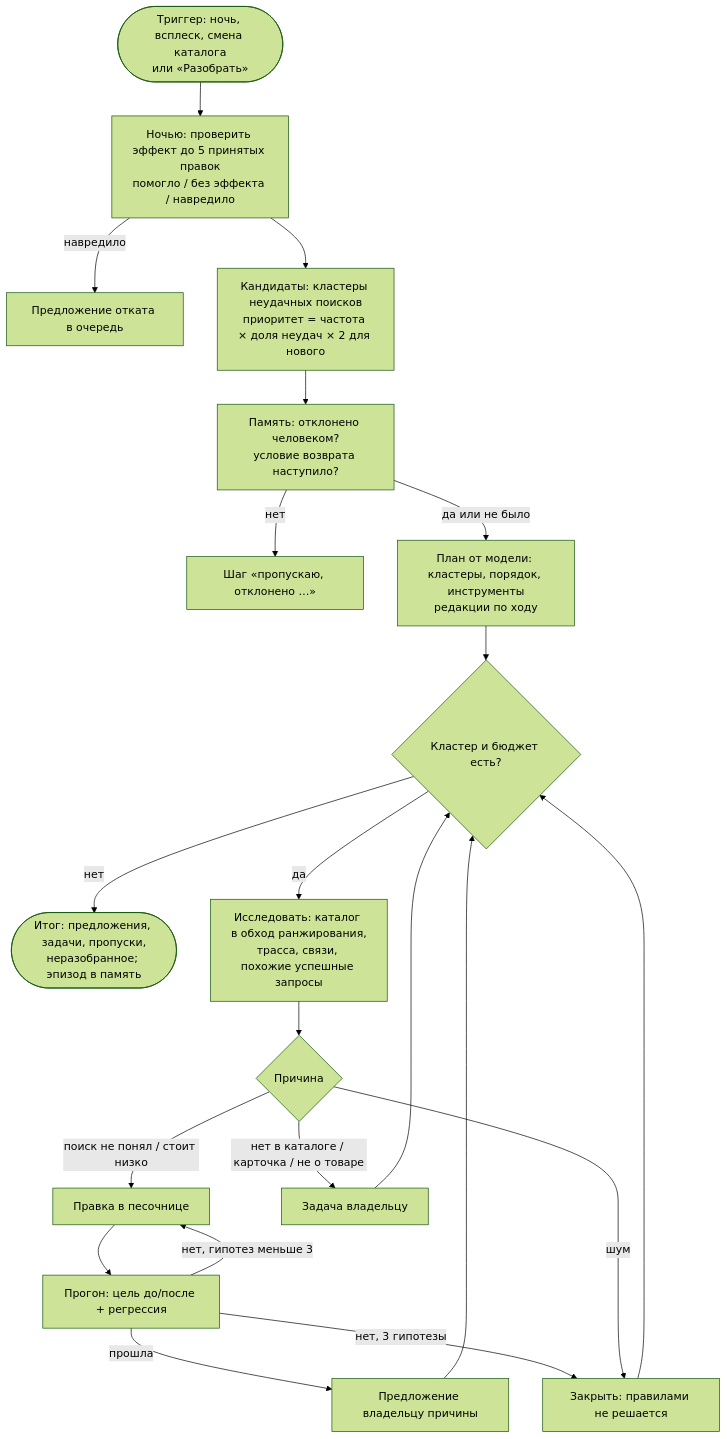
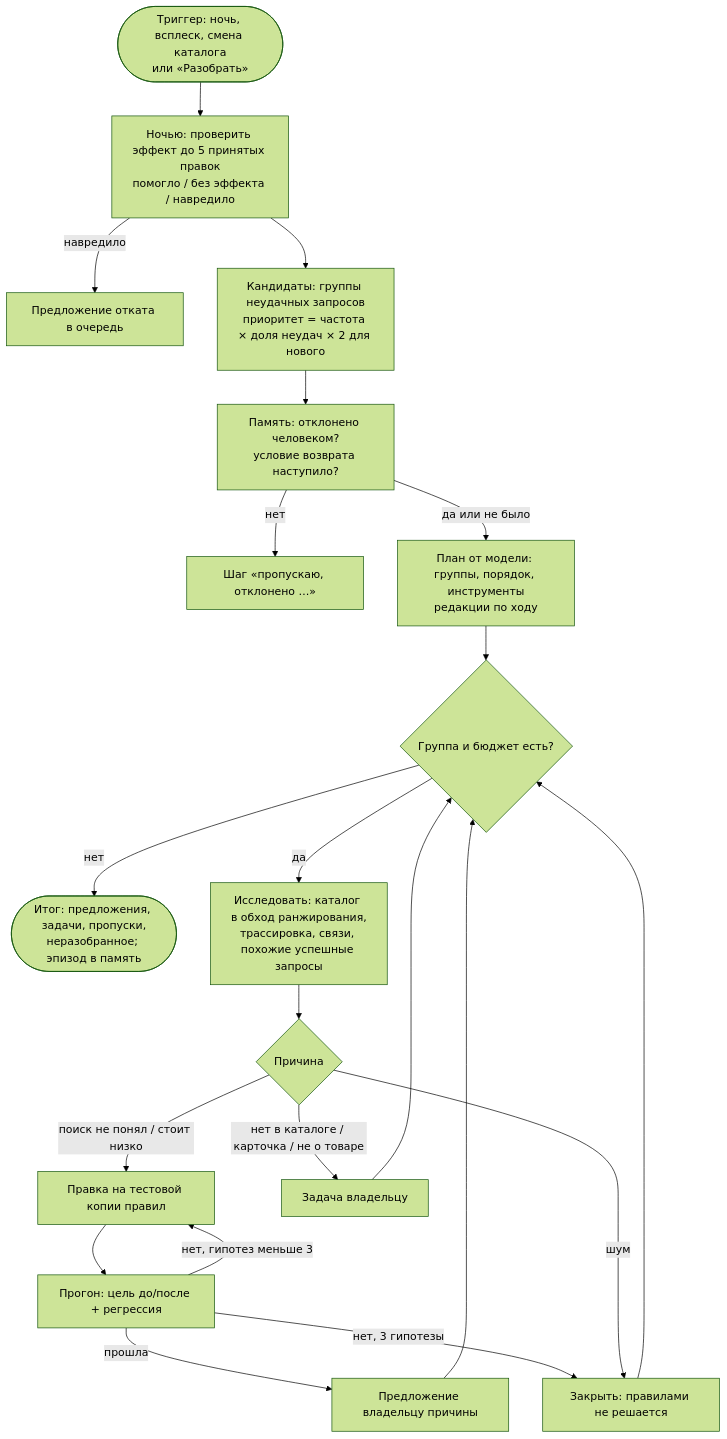
The third of 5 diagrams in docs/ARCHITECTURE.md (olegator-rus/rokotovka-plexet-kuznitsa), drawn with Mermaid (forest theme) before and after one commit. The commit also changed other lines of this file and 109 other files, not shown here.

````diff
--- a/docs/ARCHITECTURE.md
+++ b/docs/ARCHITECTURE.md
@@ -300,23 +300,23 @@
 ```mermaid
 flowchart TD
     trig([Триггер: ночь, всплеск, смена каталога<br/>или «Разобрать»]) --> effect[Ночью: проверить эффект до 5 принятых правок<br/>помогло / без эффекта / навредило]
     effect -- навредило --> rb[Предложение отката в очередь]
-    effect --> cand[Кандидаты: кластеры неудачных поисков<br/>приоритет = частота × доля неудач × 2 для нового]
+    effect --> cand[Кандидаты: группы неудачных запросов<br/>приоритет = частота × доля неудач × 2 для нового]
     cand --> mem[Память: отклонено человеком?<br/>условие возврата наступило?]
     mem -- нет --> skip[Шаг «пропускаю, отклонено …»]
-    mem -- да или не было --> plan[План от модели: кластеры, порядок, инструменты<br/>редакции по ходу]
-    plan --> next{Кластер и бюджет есть?}
+    mem -- да или не было --> plan[План от модели: группы, порядок, инструменты<br/>редакции по ходу]
+    plan --> next{Группа и бюджет есть?}
     next -- нет --> finish([Итог: предложения, задачи, пропуски,<br/>неразобранное; эпизод в память])
-    next -- да --> explore[Исследовать: каталог в обход ранжирования,<br/>трасса, связи, похожие успешные запросы]
+    next -- да --> explore[Исследовать: каталог в обход ранжирования,<br/>трассировка, связи, похожие успешные запросы]
     explore --> diag{Причина}
-    diag -- поиск не понял / стоит низко --> patch[Правка в песочнице]
+    diag -- поиск не понял / стоит низко --> patch[Правка на тестовой копии правил]
     patch --> run[Прогон: цель до/после + регрессия]
     run -- прошла --> queue[Предложение владельцу причины]
     run -- нет, гипотез меньше 3 --> patch
     run -- нет, 3 гипотезы --> close[Закрыть: правилами не решается]
     diag -- нет в каталоге / карточка / не о товаре --> ticket[Задача владельцу]
     diag -- шум --> close
     queue --> next
     ticket --> next
     close --> next
 ```
````
